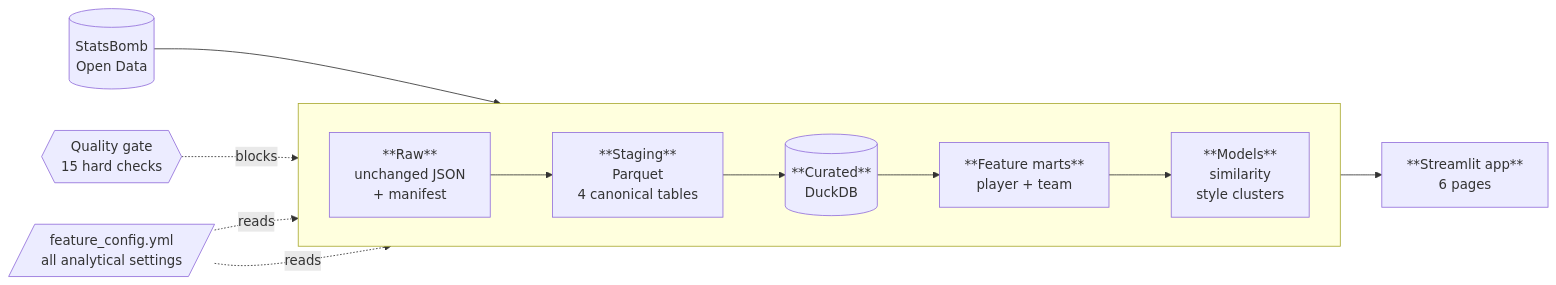
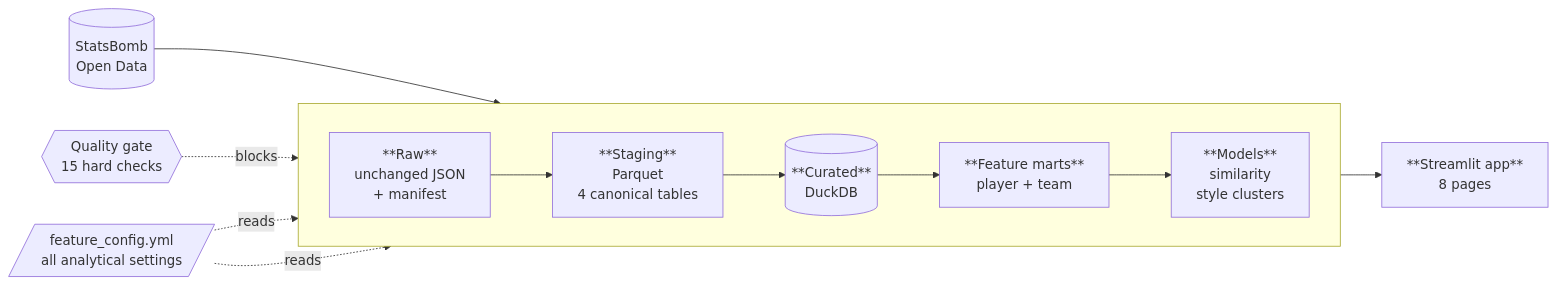
The diagram in README.md (vladojuve/football-intelligence-platform), drawn with Mermaid before and after one commit. The commit also changed other lines of this file and 40 other files, not shown here.

````diff
--- a/README.md
+++ b/README.md
@@ -33,20 +39,20 @@
 ```mermaid
 flowchart LR
     SB[("StatsBomb<br/>Open Data")] --> RAW
 
     subgraph pipeline [" "]
         direction LR
         RAW["**Raw**<br/>unchanged JSON<br/>+ manifest"]
         STG["**Staging**<br/>Parquet<br/>4 canonical tables"]
         CUR[("**Curated**<br/>DuckDB")]
         FEAT["**Feature marts**<br/>player + team"]
         MODEL["**Models**<br/>similarity<br/>style clusters"]
         RAW --> STG --> CUR --> FEAT --> MODEL
     end
 
-    MODEL --> APP["**Streamlit app**<br/>6 pages"]
+    MODEL --> APP["**Streamlit app**<br/>8 pages"]
 
     QC{{"Quality gate<br/>15 hard checks"}} -.blocks.-> CUR
     CFG[/"feature_config.yml<br/>all analytical settings"/] -.reads.-> FEAT
     CFG -.reads.-> MODEL
 ```
````
